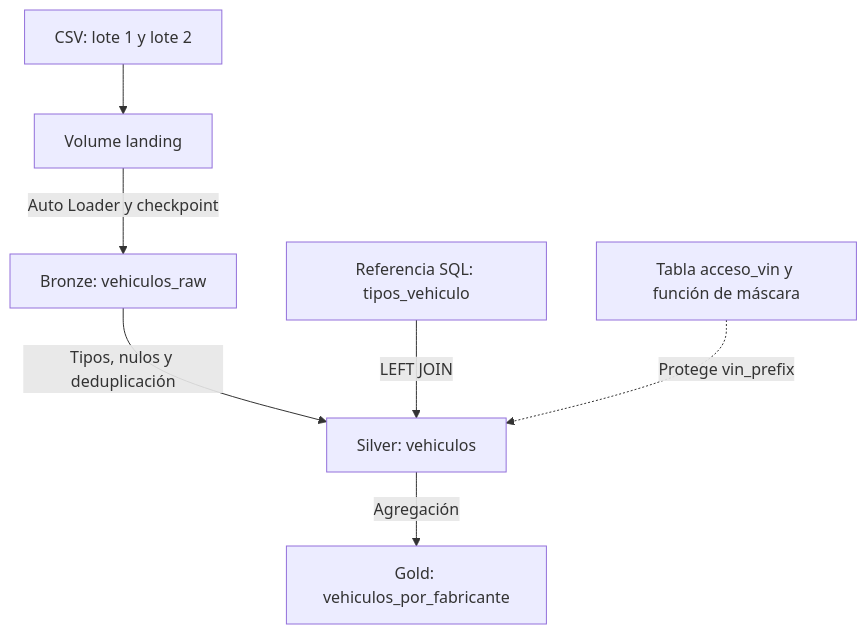
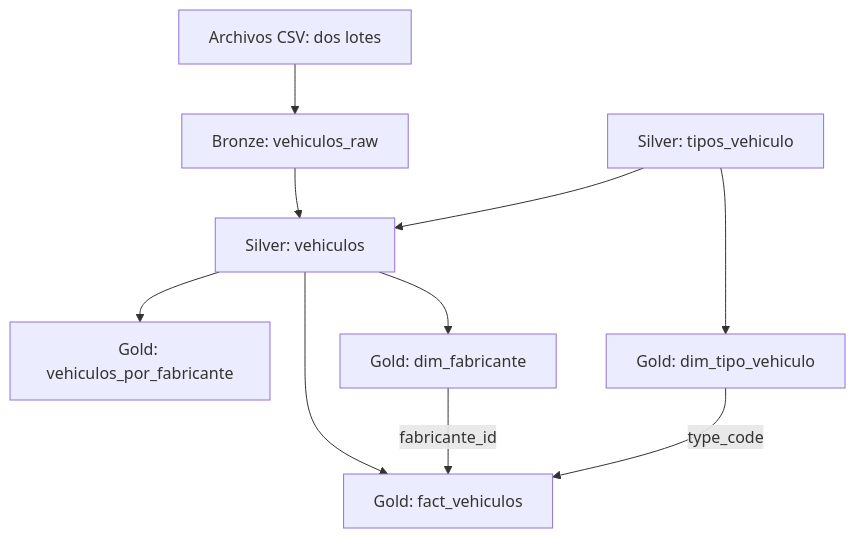
Before and after one commit to josuerepos/m4-proyecto-ev: the first of 3 diagrams in README.md, drawn with Mermaid. The commit also changed other lines of this file and 2 other files, not shown here.

Commit message:
Agregar modelo estrella Gold e integrarlo al Job

````diff
--- a/README.md
+++ b/README.md
@@ -44,9 +65,12 @@
 ```mermaid
 flowchart TD
-    A["CSV: lote 1 y lote 2"] --> B["Volume landing"]
-    B -->|Auto Loader y checkpoint| C["Bronze: vehiculos_raw"]
-    C -->|Tipos, nulos y deduplicación| D["Silver: vehiculos"]
-    R["Referencia SQL: tipos_vehiculo"] -->|LEFT JOIN| D
-    D -->|Agregación| E["Gold: vehiculos_por_fabricante"]
-    M["Tabla acceso_vin y función de máscara"] -.->|Protege vin_prefix| D
+    L["Archivos CSV: dos lotes"] --> B["Bronze: vehiculos_raw"]
+    B --> S["Silver: vehiculos"]
+    T["Silver: tipos_vehiculo"] --> S
+    S --> G["Gold: vehiculos_por_fabricante"]
+    S --> D1["Gold: dim_fabricante"]
+    T --> D2["Gold: dim_tipo_vehiculo"]
+    S --> F["Gold: fact_vehiculos"]
+    D1 -->|"fabricante_id"| F
+    D2 -->|"type_code"| F
 ```
````
